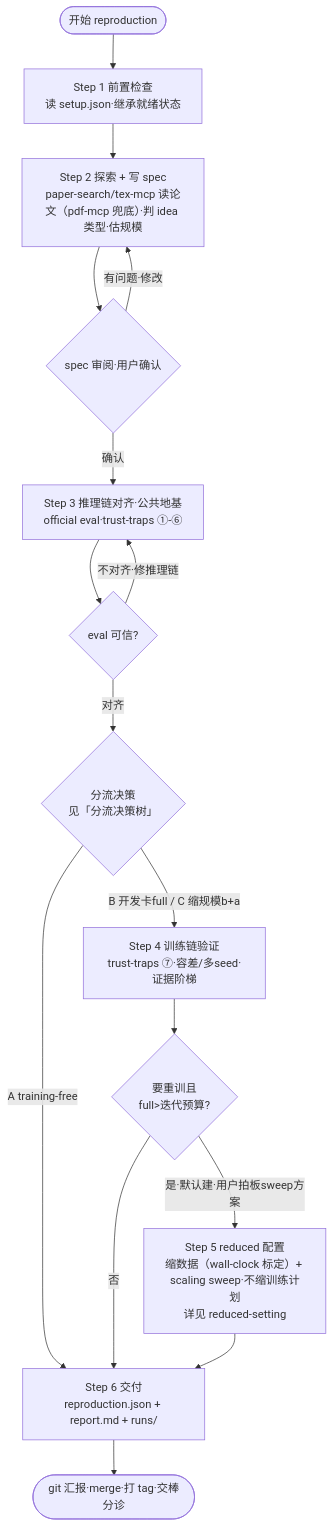
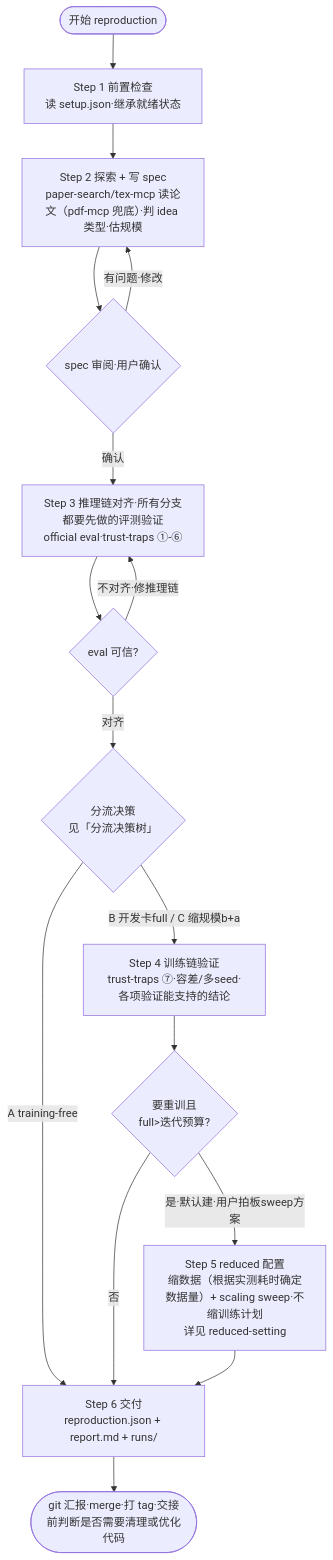
One commit to jackwang0108/dl-assistant changed the fourth of 4 diagrams in plugins/dl-assistant/skills/code-paper-reproduction/SKILL.md. Above: the diagram before and after it, drawn with Mermaid. The commit also changed other lines of this file and 143 other files, not shown here.

````diff
--- a/plugins/dl-assistant/skills/code-paper-reproduction/SKILL.md
+++ b/plugins/dl-assistant/skills/code-paper-reproduction/SKILL.md
@@ -207,18 +205,18 @@
 ```mermaid
 flowchart TD
     START(["开始 reproduction"]) --> S1["Step 1 前置检查<br/>读 setup.json·继承就绪状态"]
     S1 --> S2["Step 2 探索 + 写 spec<br/>paper-search/tex-mcp 读论文（pdf-mcp 兜底）·判 idea 类型·估规模"]
     S2 --> G1{"spec 审阅·用户确认"}
     G1 -->|有问题·修改| S2
-    G1 -->|确认| S3["Step 3 推理链对齐·公共地基<br/>official eval·trust-traps ①-⑥"]
+    G1 -->|确认| S3["Step 3 推理链对齐·所有分支都要先做的评测验证<br/>official eval·trust-traps ①-⑥"]
     S3 --> GE{eval 可信?}
     GE -->|不对齐·修推理链| S3
     GE -->|对齐| DECIDE{"分流决策<br/>见「分流决策树」"}
     DECIDE -->|A training-free| S6
-    DECIDE -->|B 开发卡full / C 缩规模b+a| S4["Step 4 训练链验证<br/>trust-traps ⑦·容差/多seed·证据阶梯"]
+    DECIDE -->|B 开发卡full / C 缩规模b+a| S4["Step 4 训练链验证<br/>trust-traps ⑦·容差/多seed·各项验证能支持的结论"]
     S4 --> S5Q{"要重训且<br/>full>迭代预算?"}
-    S5Q -->|是·默认建·用户拍板sweep方案| S5["Step 5 reduced 配置<br/>缩数据（wall-clock 标定）+ scaling sweep·不缩训练计划<br/>详见 reduced-setting"]
+    S5Q -->|是·默认建·用户拍板sweep方案| S5["Step 5 reduced 配置<br/>缩数据（根据实测耗时确定数据量）+ scaling sweep·不缩训练计划<br/>详见 reduced-setting"]
     S5Q -->|否| S6["Step 6 交付<br/>reproduction.json + report.md + runs/"]
     S5 --> S6
-    S6 --> DONE(["git 汇报·merge·打 tag·交棒分诊"])
+    S6 --> DONE(["git 汇报·merge·打 tag·交接前判断是否需要清理或优化代码"])
 ```
````
